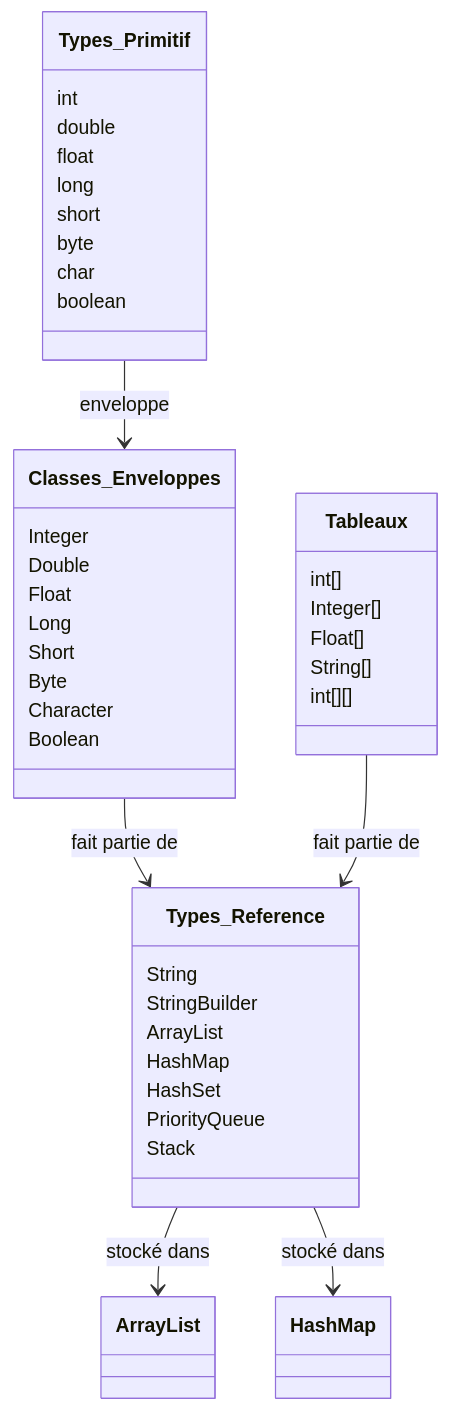
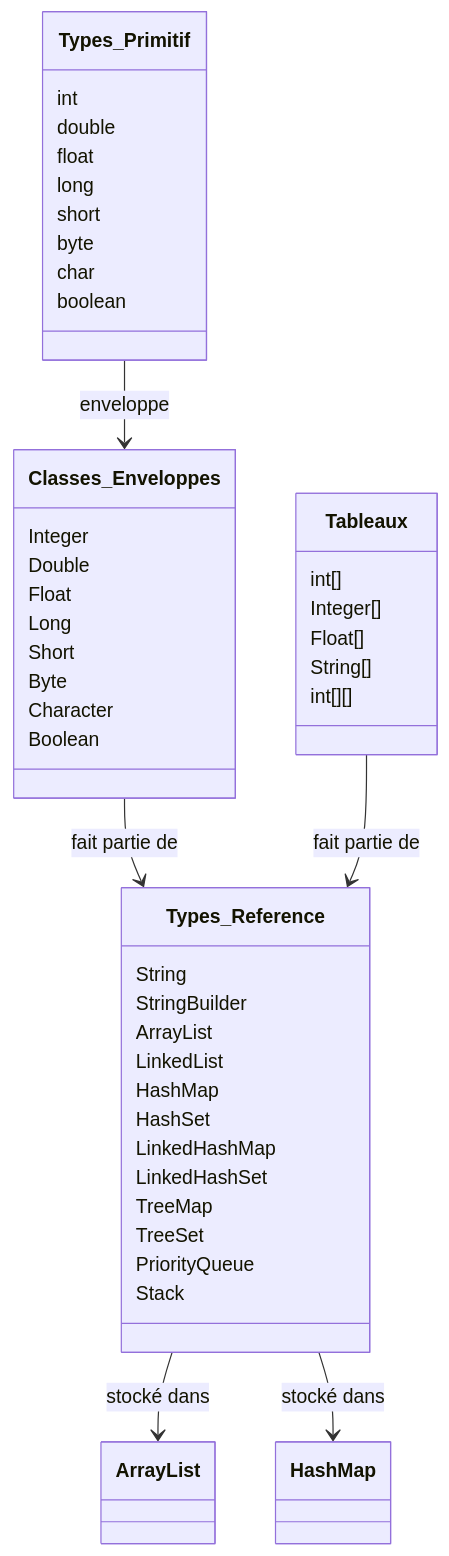
Before and after one commit to lemire/inf1220-hugo: the diagram in content/docs/modules/module3/activite-3-3.md, drawn with Mermaid. The commit also changed other lines of this file and 2 other files, not shown here.

```diff
--- a/content/docs/modules/module3/activite-3-3.md
+++ b/content/docs/modules/module3/activite-3-3.md
@@ -23,52 +15,57 @@
-{{< mermaid >}}
+{{<mermaid>}}
 classDiagram
     %% Categories as containers
     class Types_Primitif {
         int
         double
         float
         long
         short
         byte
         char
         boolean
     }
 
     class Classes_Enveloppes {
         Integer
         Double
         Float
         Long
         Short
         Byte
         Character
         Boolean
     }
 
     class Tableaux {
         int[]
         Integer[]
         Float[]
         String[]
         int[][]
     }
 
     class Types_Reference {
         String
         StringBuilder
         ArrayList
+        LinkedList
         HashMap
         HashSet
+        LinkedHashMap
+        LinkedHashSet
+        TreeMap
+        TreeSet
         PriorityQueue
         Stack
     }
     Classes_Enveloppes -->  Types_Reference : fait partie de
     Tableaux -->  Types_Reference : fait partie de
 
     %% Relationships
     Types_Primitif --> Classes_Enveloppes : enveloppe
   
     %% Reference Types relationships
     Types_Reference --> ArrayList : stocké dans
     Types_Reference --> HashMap : stocké dans
-{{</ mermaid >}}
+{{</mermaid>}}
```
